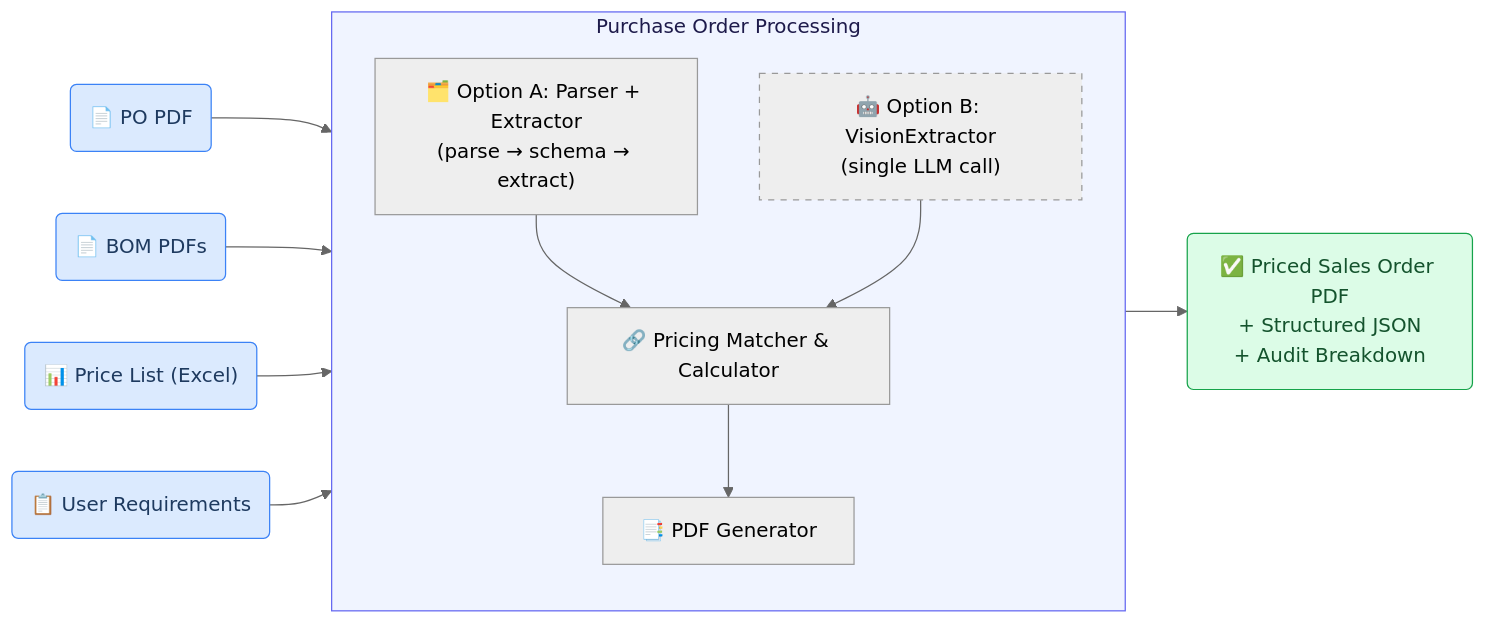
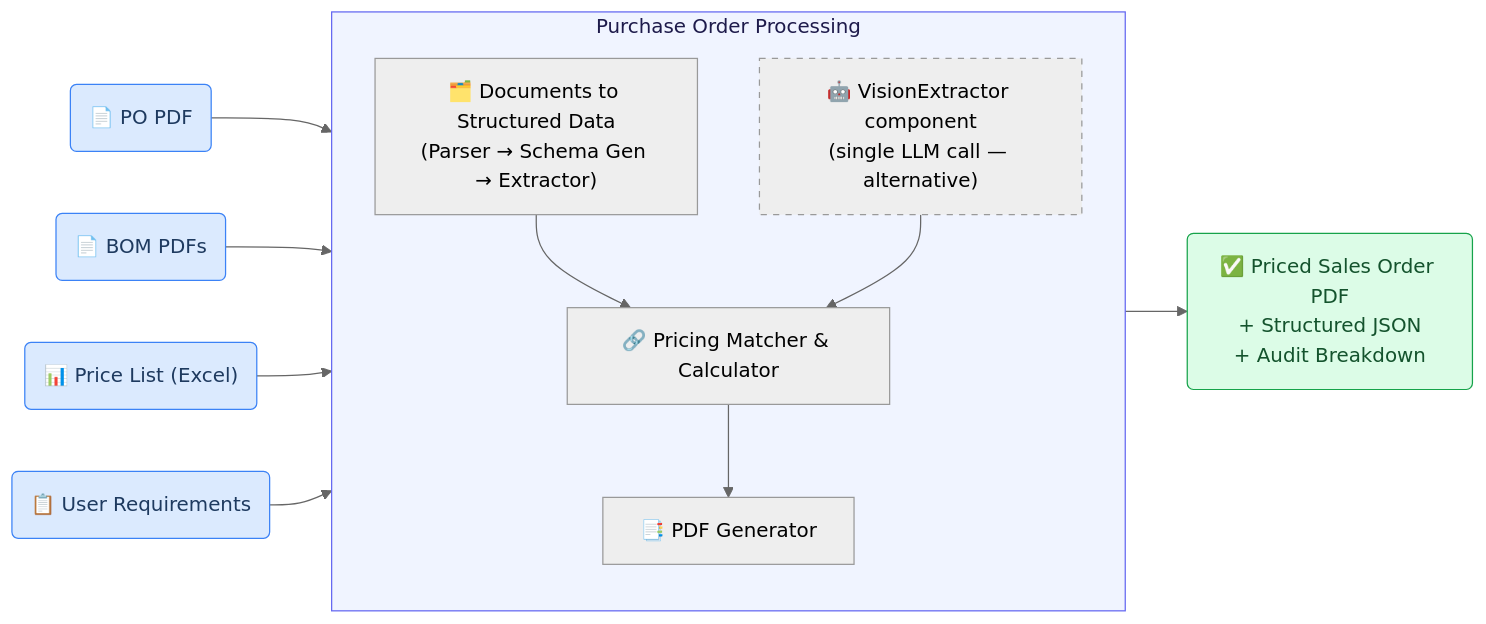
The first of 6 diagrams in guidance_layer/website/content/docs/use-cases/purchase-order-processing.mdx (GAIK-project/gaik-toolkit), drawn with Mermaid (neutral theme) before and after one commit. The commit also changed other lines of this file and 12 other files, not shown here.

````diff
--- a/guidance_layer/website/content/docs/use-cases/purchase-order-processing.mdx
+++ b/guidance_layer/website/content/docs/use-cases/purchase-order-processing.mdx
@@ -133,28 +132,28 @@
 ```mermaid
 flowchart LR
     A("📄 PO PDF") --> PIPE
     B("📄 BOM PDFs") --> PIPE
     C("📊 Price List (Excel)") --> PIPE
     D("📋 User Requirements") --> PIPE
 
     subgraph PIPE["Purchase Order Processing"]
         direction TB
-        P1["🗂️ Option A: Parser + Extractor\n(parse → schema → extract)"]
-        P2["🤖 Option B: VisionExtractor\n(single LLM call)"]
+        P1["🗂️ Documents to Structured Data\n(Parser → Schema Gen → Extractor)"]
+        P2["🤖 VisionExtractor component\n(single LLM call — alternative)"]
         M["🔗 Pricing Matcher & Calculator"]
         G["📑 PDF Generator"]
         P1 --> M
         P2 --> M
         M --> G
     end
 
     PIPE --> E("✅ Priced Sales Order PDF\n+ Structured JSON\n+ Audit Breakdown")
 
     style A fill:#dbeafe,stroke:#3b82f6,color:#1e3a5f
     style B fill:#dbeafe,stroke:#3b82f6,color:#1e3a5f
     style C fill:#dbeafe,stroke:#3b82f6,color:#1e3a5f
     style D fill:#dbeafe,stroke:#3b82f6,color:#1e3a5f
     style E fill:#dcfce7,stroke:#16a34a,color:#14532d
     style PIPE fill:#f0f4ff,stroke:#6366f1,color:#1e1b4b
     style P2 stroke-dasharray: 5 5
 ```
````
